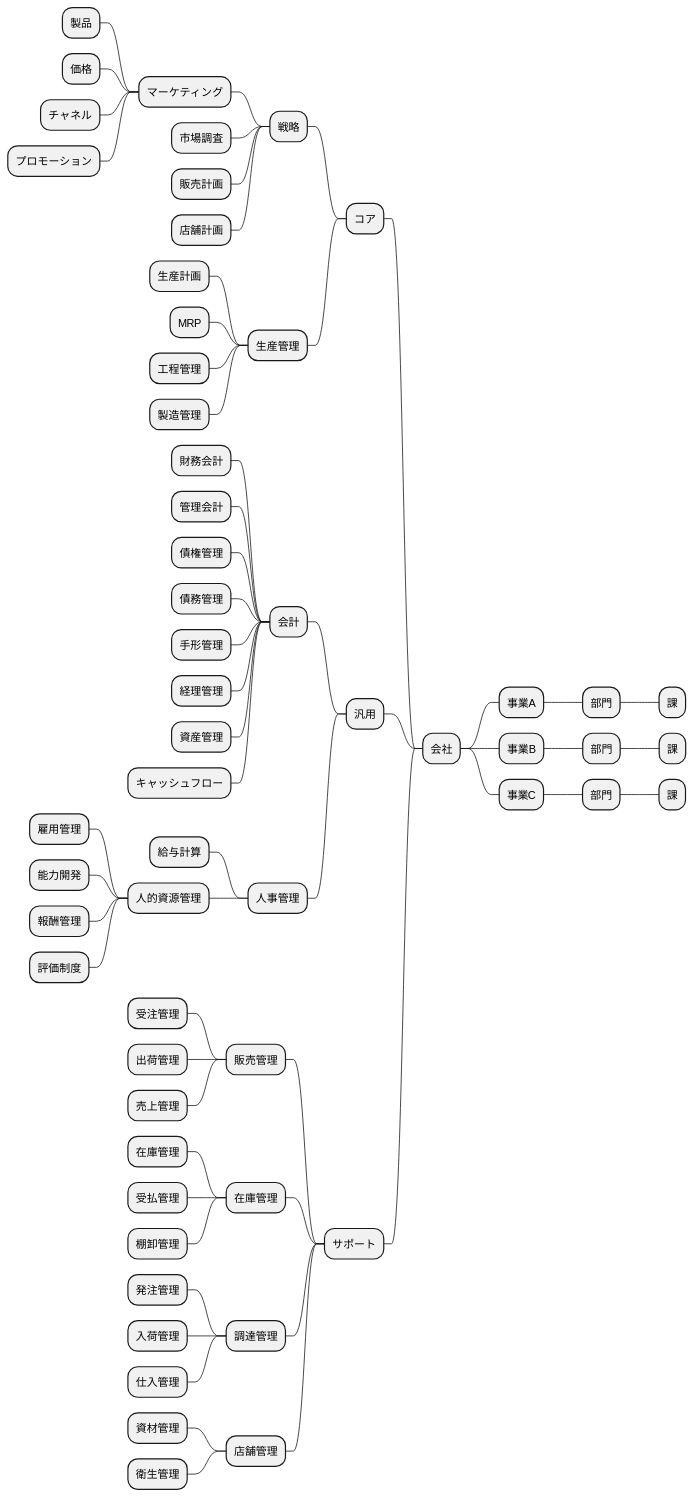
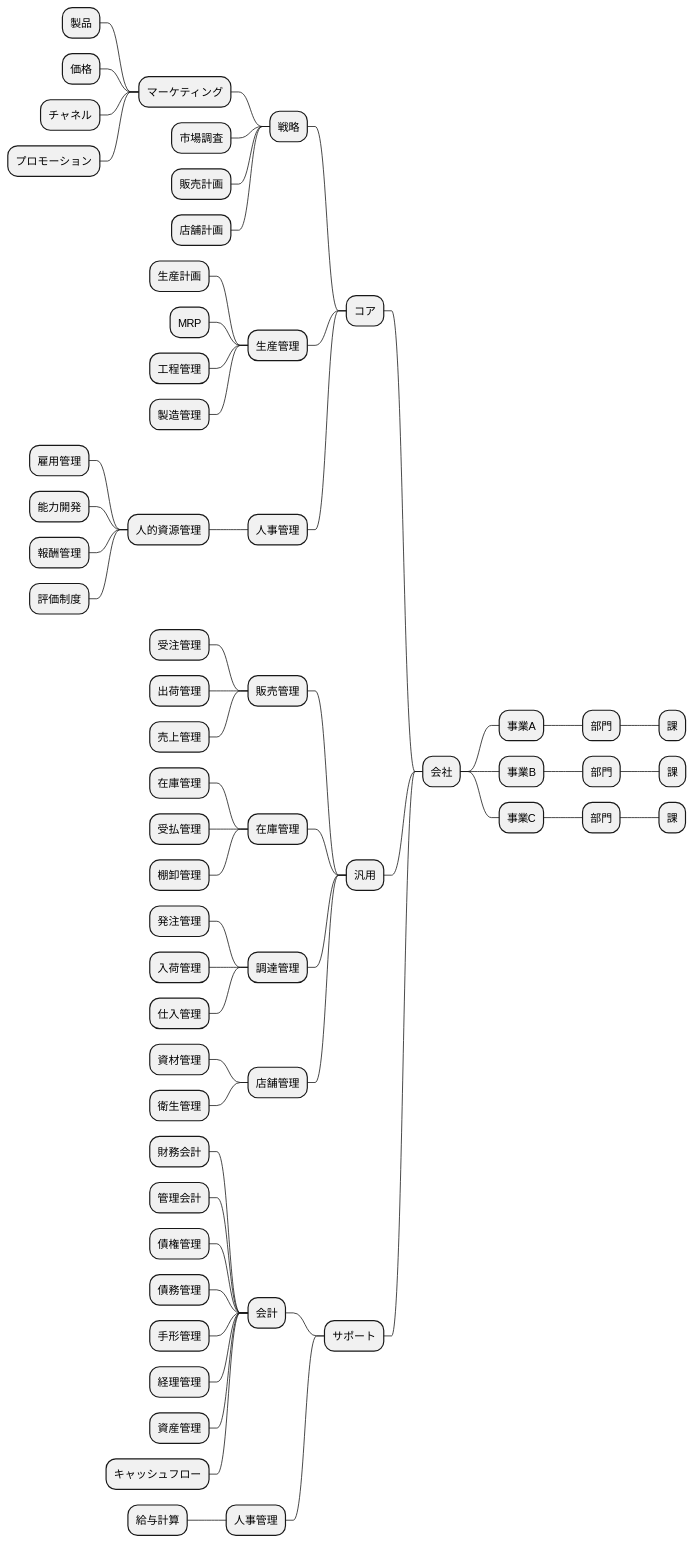
One commit to k2works/case-sutudy-business-analysis changed diagram 14 of 19 in docs/case/r0X_case_X.adoc. Above: the diagram before and after it, drawn with PlantUML. The commit also changed other lines of this file, not shown here.

Commit message:
docs:テンプレート

```diff
--- a/docs/case/r0X_case_X.adoc
+++ b/docs/case/r0X_case_X.adoc
@@ -355,66 +356,67 @@
 [plantuml]
 ----
 @startmindmap
 
 * 会社
 ** 事業A
 *** 部門
 **** 課
 ** 事業B
 *** 部門
 **** 課
 ** 事業C
 *** 部門
 **** 課
 left side
 ** コア
 *** 戦略
 **** マーケティング
 ***** 製品
 ***** 価格
 ***** チャネル
 ***** プロモーション
 **** 市場調査
 **** 販売計画
 **** 店舗計画
 *** 生産管理
 **** 生産計画
 **** MRP
 **** 工程管理
 **** 製造管理
-** 汎用
-*** 会計
-**** 財務会計
-**** 管理会計
-**** 債権管理
-**** 債務管理
-**** 手形管理
-**** 経理管理
-**** 資産管理
-**** キャッシュフロー
 *** 人事管理
-**** 給与計算
 **** 人的資源管理
 ***** 雇用管理
 ***** 能力開発
 ***** 報酬管理
 ***** 評価制度
-** サポート
+** 汎用
 *** 販売管理
 **** 受注管理
 **** 出荷管理
 **** 売上管理
 *** 在庫管理
 **** 在庫管理
 **** 受払管理
 **** 棚卸管理
 *** 調達管理
 **** 発注管理
 **** 入荷管理
 **** 仕入管理
 *** 店舗管理
 **** 資材管理
 **** 衛生管理
+** サポート
+*** 会計
+**** 財務会計
+**** 管理会計
+**** 債権管理
+**** 債務管理
+**** 手形管理
+**** 経理管理
+**** 資産管理
+**** キャッシュフロー
+*** 人事管理
+**** 給与計算
 
 @endmindmap
 ----
```
